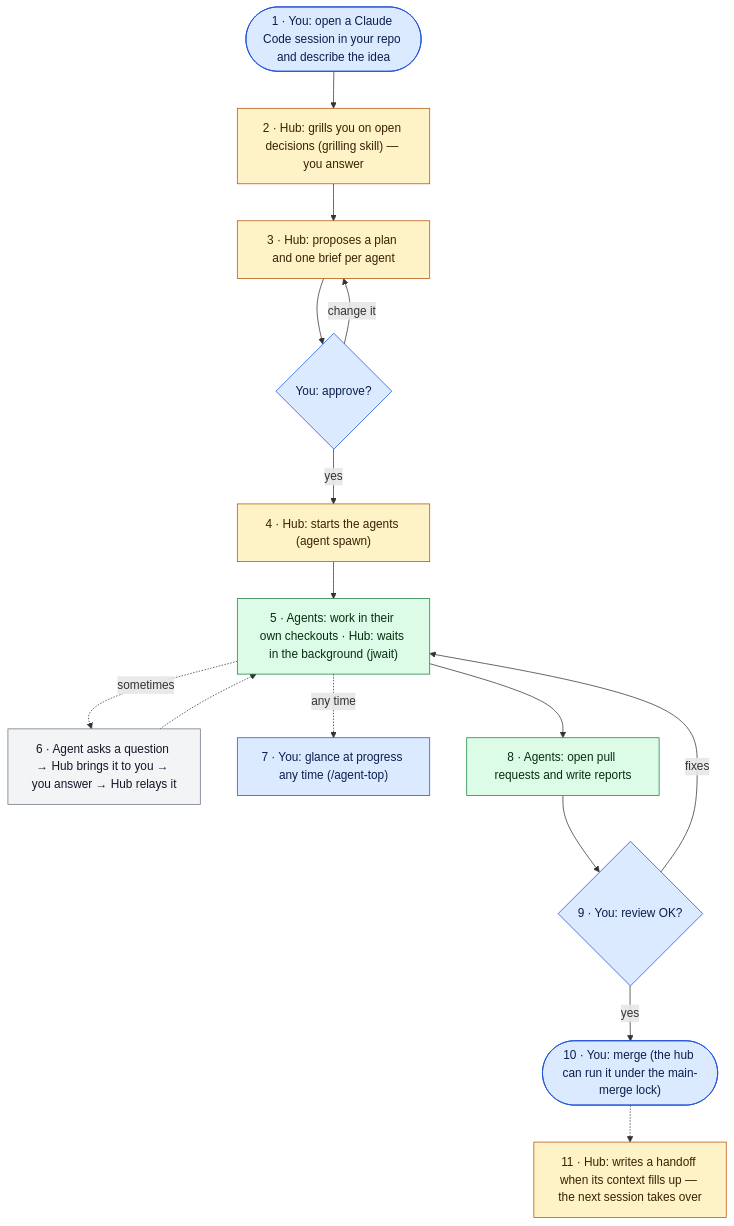
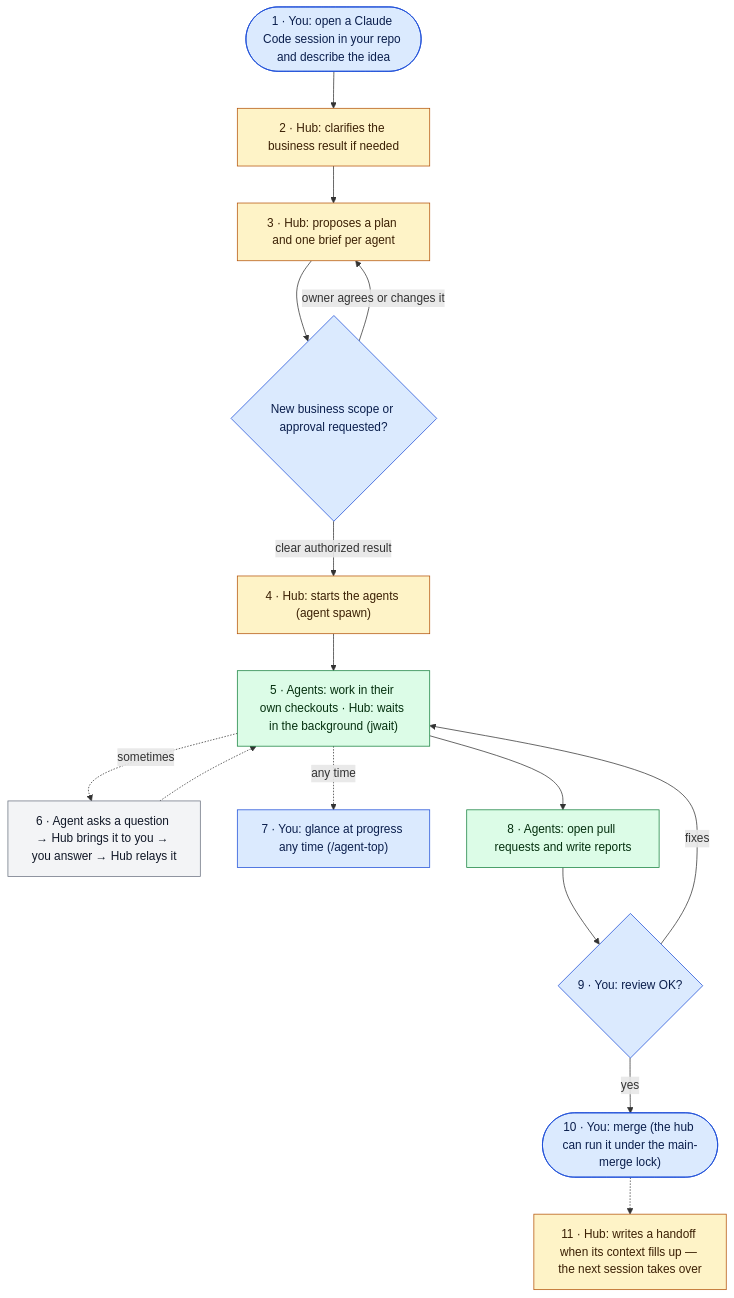
Before and after one commit to ilya-kozyrev/claude-agent-hub: the diagram in docs/getting-started.md, drawn with Mermaid. The commit also changed other lines of this file and 9 other files, not shown here.

````diff
--- a/docs/getting-started.md
+++ b/docs/getting-started.md
@@ -18,33 +18,33 @@
 ```mermaid
 flowchart TB
     s1(["1 · You: open a Claude Code session in your repo and describe the idea"])
-    s2["2 · Hub: grills you on open decisions (grilling skill) — you answer"]
+    s2["2 · Hub: clarifies the business result if needed"]
     s3["3 · Hub: proposes a plan and one brief per agent"]
-    s3q{"You: approve?"}
+    s3q{"New business scope or approval requested?"}
     s4["4 · Hub: starts the agents (agent spawn)"]
     s5["5 · Agents: work in their own checkouts · Hub: waits in the background (jwait)"]
     s6["6 · Agent asks a question → Hub brings it to you → you answer → Hub relays it"]
     s7["7 · You: glance at progress any time (/agent-top)"]
     s8["8 · Agents: open pull requests and write reports"]
     s9{"9 · You: review OK?"}
     s10(["10 · You: merge (the hub can run it under the main-merge lock)"])
     s11["11 · Hub: writes a handoff when its context fills up — the next session takes over"]
 
     s1 --> s2 --> s3 --> s3q
-    s3q -- "change it" --> s3
-    s3q -- "yes" --> s4 --> s5 --> s8 --> s9
+    s3q -- "owner agrees or changes it" --> s3
+    s3q -- "clear authorized result" --> s4 --> s5 --> s8 --> s9
     s5 -. "sometimes" .-> s6 -.-> s5
     s5 -. "any time" .-> s7
     s9 -- "fixes" --> s5
     s9 -- "yes" --> s10
     s10 -.-> s11
 
     classDef you fill:#dbeafe,stroke:#1d4ed8,color:#0b1f4d
     classDef hub fill:#fef3c7,stroke:#b45309,color:#3b2005
     classDef agents fill:#dcfce7,stroke:#15803d,color:#05300f
     classDef mixed fill:#f3f4f6,stroke:#6b7280,color:#111827
     class s1,s3q,s7,s9,s10 you
     class s2,s3,s4,s11 hub
     class s5,s8 agents
     class s6 mixed
 ```
````
